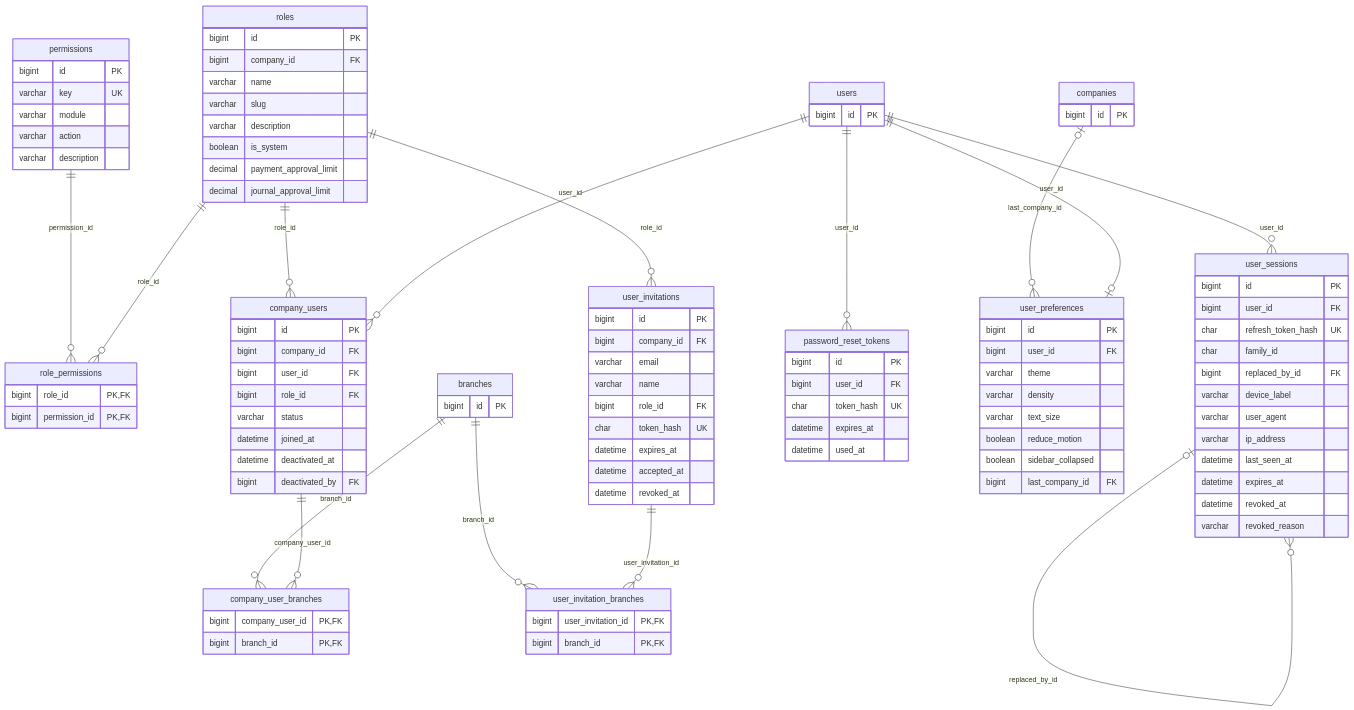
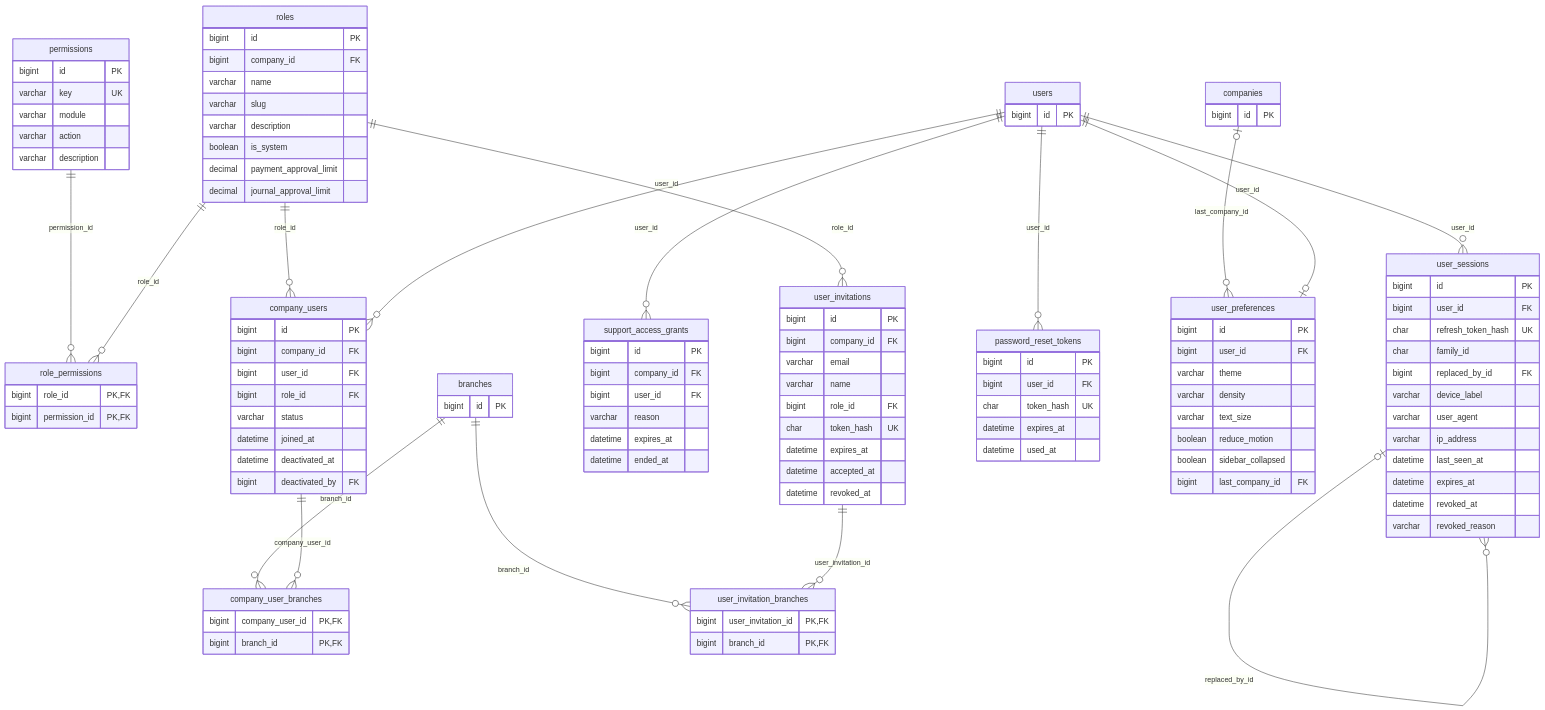
Before and after one commit to Samin1362/Pluto-ERP-Project-Backend: the third of 10 diagrams in docs/04-Database-Design.md, drawn with Mermaid. The commit also changed other lines of this file and 118 other files, not shown here.

Commit message:
PEP-485: read-only support access for platform admins (Contract changed)

````diff
--- a/docs/04-Database-Design.md
+++ b/docs/04-Database-Design.md
@@ -389,6 +389,14 @@
         datetime expires_at
         datetime accepted_at
         datetime revoked_at
+    }
+    support_access_grants {
+        bigint id PK
+        bigint company_id FK
+        bigint user_id FK
+        varchar reason
+        datetime expires_at
+        datetime ended_at
     }
     user_invitation_branches {
         bigint user_invitation_id PK, FK
@@ -446,6 +454,7 @@
     user_sessions |o--o{ user_sessions : "replaced_by_id"
     users ||--o{ company_users : "user_id"
     users ||--o{ password_reset_tokens : "user_id"
+    users ||--o{ support_access_grants : "user_id"
     users ||--o{ user_sessions : "user_id"
     users ||--o| user_preferences : "user_id"
 ```
````
